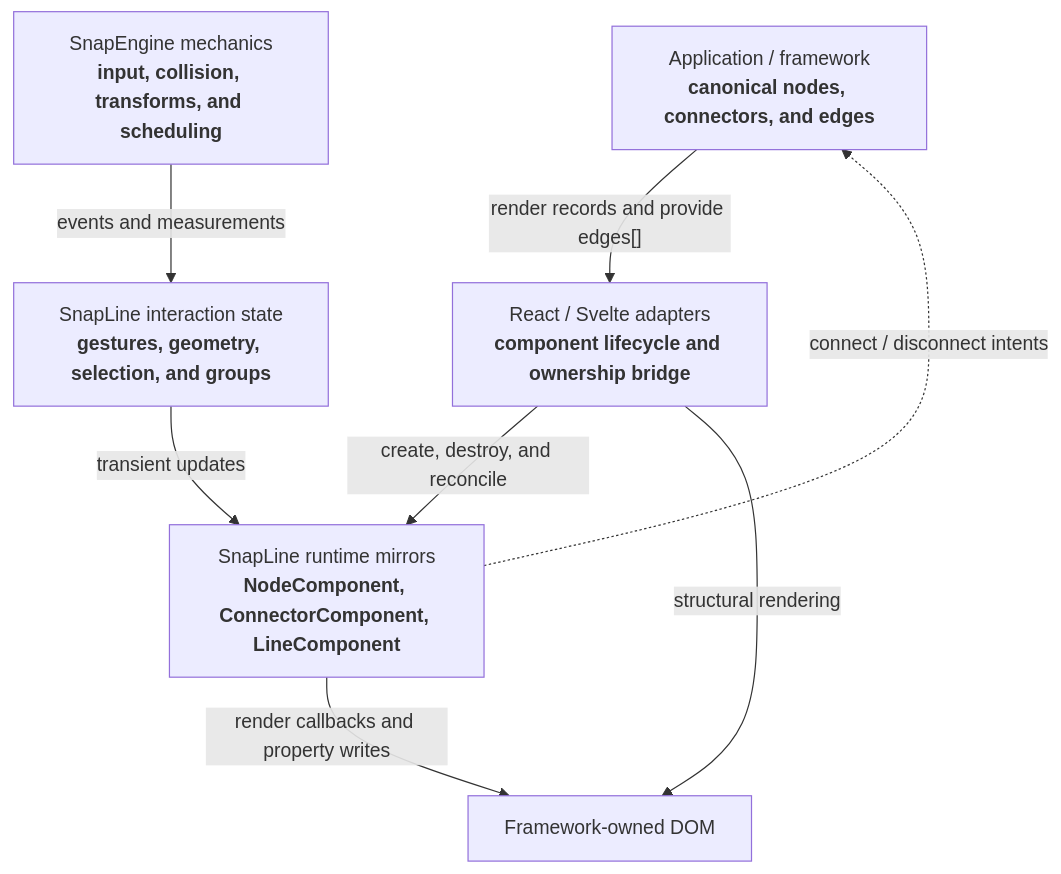
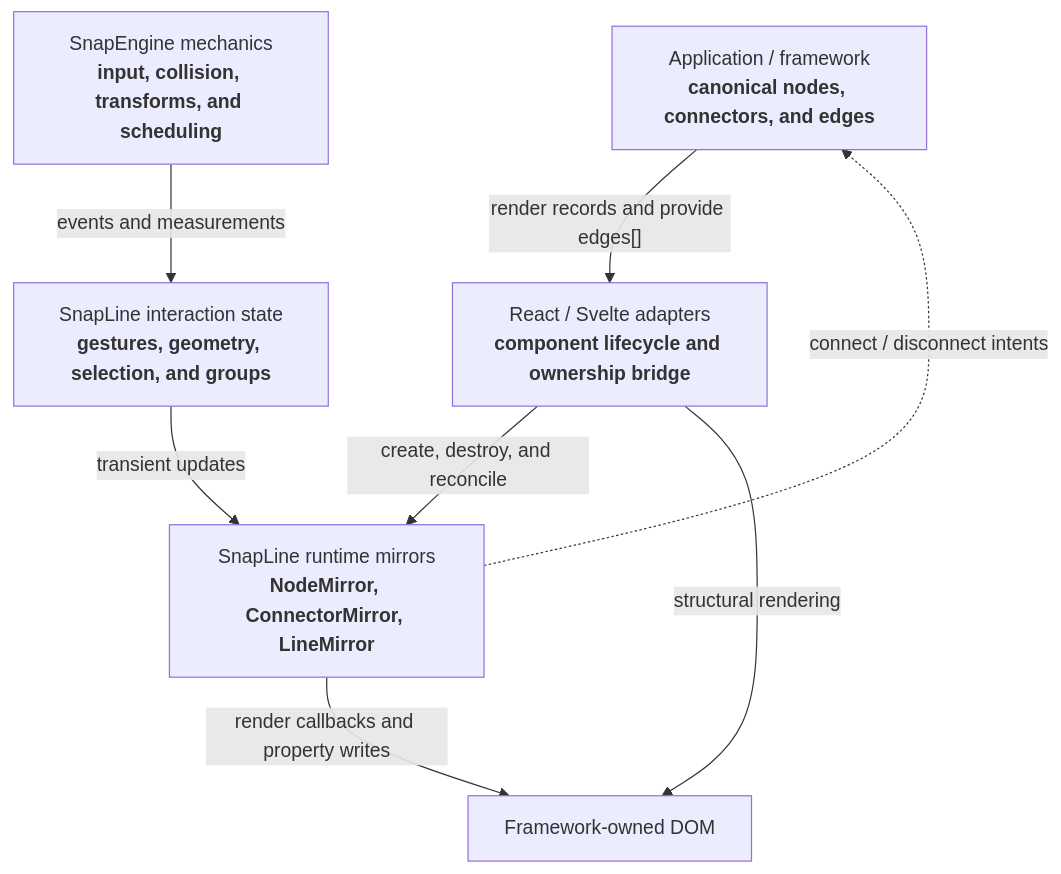
Before and after one commit to tfukaza/SnapLineJS: the first of 11 diagrams in docs/snapline/design/current-architecture.md, drawn with Mermaid. The commit also changed other lines of this file and 44 other files, not shown here.

First line of the commit message:
snapline: Phase 0 renames — core runtime types adopt the Mirror suffix

````diff
--- a/docs/snapline/design/current-architecture.md
+++ b/docs/snapline/design/current-architecture.md
@@ -44,17 +44,17 @@
 ```mermaid
 flowchart TB
   APP["Application / framework<br/><b>canonical nodes, connectors, and edges</b>"]
   ADAPTER["React / Svelte adapters<br/><b>component lifecycle and ownership bridge</b>"]
-  MIRRORS["SnapLine runtime mirrors<br/><b>NodeComponent, ConnectorComponent, LineComponent</b>"]
+  MIRRORS["SnapLine runtime mirrors<br/><b>NodeMirror, ConnectorMirror, LineMirror</b>"]
   STATE["SnapLine interaction state<br/><b>gestures, geometry, selection, and groups</b>"]
   ENGINE["SnapEngine mechanics<br/><b>input, collision, transforms, and scheduling</b>"]
   DOM["Framework-owned DOM"]
 
   APP -->|"render records and provide edges[]"| ADAPTER
   ADAPTER -->|"create, destroy, and reconcile"| MIRRORS
   ENGINE -->|"events and measurements"| STATE
   STATE -->|"transient updates"| MIRRORS
   MIRRORS -->|"render callbacks and property writes"| DOM
   ADAPTER -->|"structural rendering"| DOM
   MIRRORS -.->|"connect / disconnect intents"| APP
 ```
````
